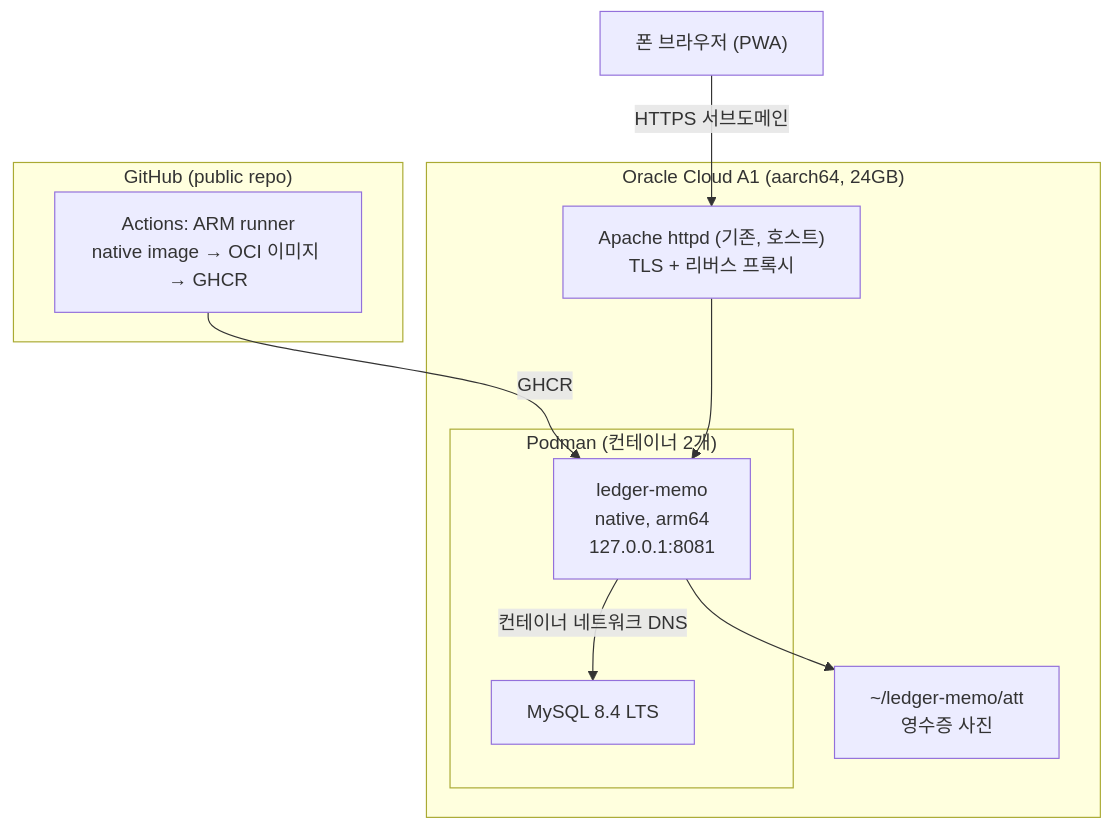
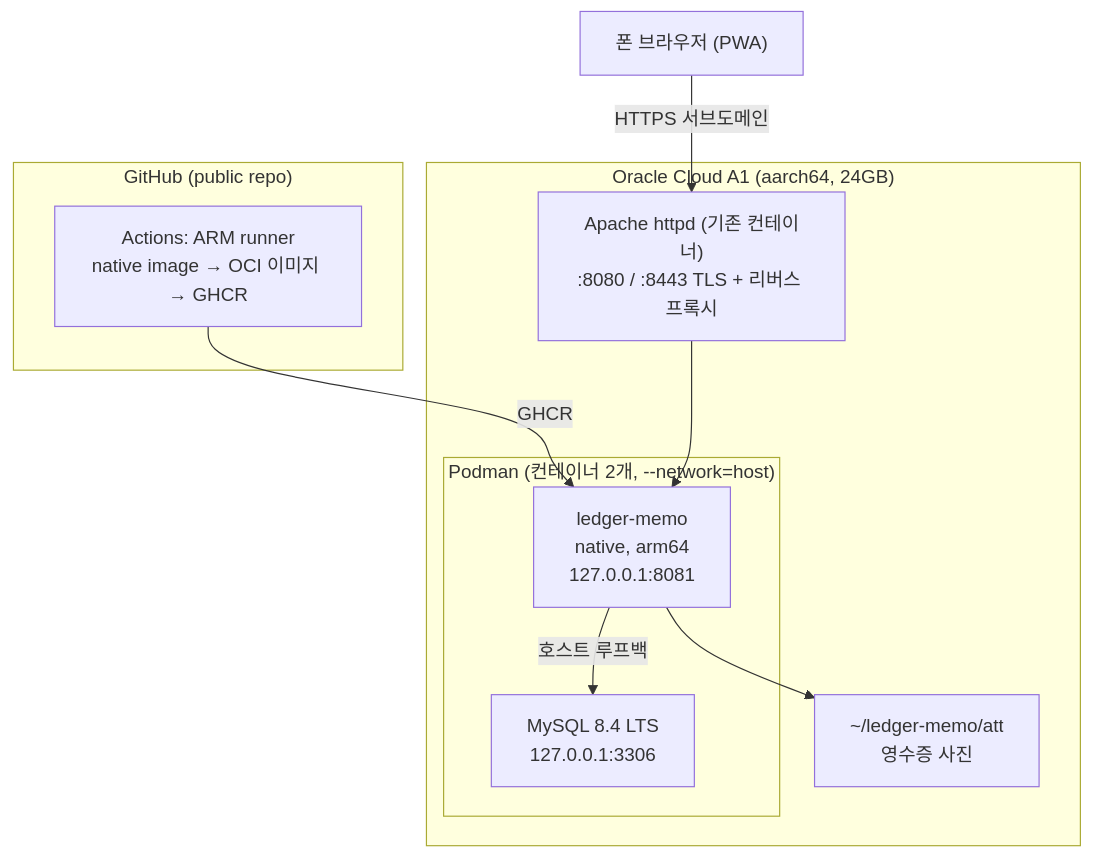
One commit to KENNYSOFT/ledger-memo changed the second of 2 diagrams in DESIGN.md. Above: the diagram before and after it, drawn with Mermaid. The commit also changed other lines of this file and 1 other file, not shown here.

````diff
--- a/DESIGN.md
+++ b/DESIGN.md
@@ -278,19 +278,19 @@
 ```mermaid
 graph TB
     subgraph GH["GitHub (public repo)"]
         A["Actions: ARM runner<br/>native image → OCI 이미지 → GHCR"]
     end
     subgraph A1["Oracle Cloud A1 (aarch64, 24GB)"]
-        H["Apache httpd (기존, 호스트)<br/>TLS + 리버스 프록시"]
-        subgraph POD["Podman (컨테이너 2개)"]
+        H["Apache httpd (기존 컨테이너)<br/>:8080 / :8443 TLS + 리버스 프록시"]
+        subgraph POD["Podman (컨테이너 2개, --network=host)"]
             APP["ledger-memo<br/>native, arm64<br/>127.0.0.1:8081"]
-            DB["MySQL 8.4 LTS"]
+            DB["MySQL 8.4 LTS<br/>127.0.0.1:3306"]
         end
         V["~/ledger-memo/att<br/>영수증 사진"]
     end
     A -- "GHCR" --> APP
     P["폰 브라우저 (PWA)"] -- "HTTPS 서브도메인" --> H
     H --> APP
-    APP -- "컨테이너 네트워크 DNS" --> DB
+    APP -- "호스트 루프백" --> DB
     APP --> V
 ```
````
